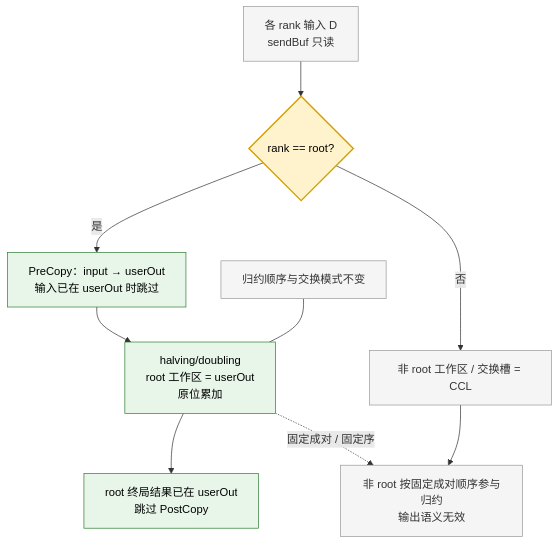
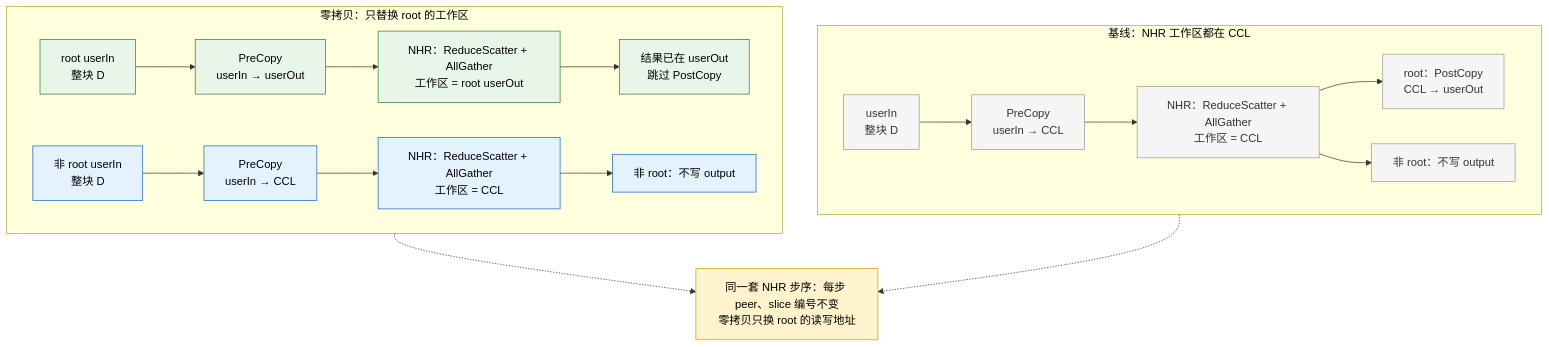
Before and after one commit to cassielee-tech/my-lib: the fifth of 7 diagrams in design/26RP4/支持allgatherV、reduce算子的零拷贝模式/SRS_SD-AllGatherV与Reduce零拷贝.md, drawn with Mermaid. The commit also changed other lines of this file, not shown here.

Commit message:
docs: 重画 SoleNHR 零拷贝对比图

````diff
--- a/design/26RP4/支持allgatherV、reduce算子的零拷贝模式/SRS_SD-AllGatherV与Reduce零拷贝.md
+++ b/design/26RP4/支持allgatherV、reduce算子的零拷贝模式/SRS_SD-AllGatherV与Reduce零拷贝.md
@@ -434,17 +434,30 @@
 ```mermaid
-flowchart TD
-    A["各 rank 输入 D<br/>sendBuf 只读"] --> B{"rank == root?"}
-    B -- 是 --> C["PreCopy：input → userOut<br/>输入已在 userOut 时跳过"]
-    C --> D["halving/doubling<br/>root 工作区 = userOut<br/>原位累加"]
-    D --> E["root 终局结果已在 userOut<br/>跳过 PostCopy"]
-    B -- 否 --> F["非 root 工作区 / 交换槽 = CCL"]
-    F --> G["非 root 按固定成对顺序参与归约<br/>输出语义无效"]
-    D -.->|固定成对 / 固定序| G
-    H["归约顺序与交换模式不变"] --- D
-    classDef existing fill:#f5f5f5,stroke:#999,color:#333;
-    classDef changed fill:#fff3cd,stroke:#d39e00,stroke-width:2px,color:#000;
-    classDef direct fill:#e8f5e9,stroke:#2e7d32,color:#000;
-    class A,F,G,H existing;
-    class B changed;
-    class C,D,E direct;
+flowchart TB
+    subgraph BASE["基线：NHR 工作区都在 CCL"]
+        direction LR
+        B0["userIn<br/>整块 D"] --> B1["PreCopy<br/>userIn → CCL"]
+        B1 --> B2["NHR：ReduceScatter + AllGather<br/>工作区 = CCL"]
+        B2 --> B3["root：PostCopy<br/>CCL → userOut"]
+        B2 --> B4["非 root：不写 output"]
+    end
+    subgraph SYM["零拷贝：只替换 root 的工作区"]
+        direction LR
+        R0["root userIn<br/>整块 D"] --> R1["PreCopy<br/>userIn → userOut"]
+        R1 --> R2["NHR：ReduceScatter + AllGather<br/>工作区 = root userOut"]
+        R2 --> R3["结果已在 userOut<br/>跳过 PostCopy"]
+        N0["非 root userIn<br/>整块 D"] --> N1["PreCopy<br/>userIn → CCL"]
+        N1 --> N2["NHR：ReduceScatter + AllGather<br/>工作区 = CCL"]
+        N2 --> N3["非 root：不写 output"]
+    end
+    NOTE["同一套 NHR 步序：每步 peer、slice 编号不变<br/>零拷贝只换 root 的读写地址"]
+    B2 -.-> NOTE
+    R2 -.-> NOTE
+    classDef base fill:#f5f5f5,stroke:#999,color:#333;
+    classDef root fill:#e8f5e9,stroke:#2e7d32,color:#000;
+    classDef other fill:#e3f2fd,stroke:#1565c0,color:#000;
+    classDef note fill:#fff3cd,stroke:#d39e00,color:#000;
+    class B0,B1,B2,B3,B4 base;
+    class R0,R1,R2,R3 root;
+    class N0,N1,N2,N3 other;
+    class NOTE note;
 ```
````
